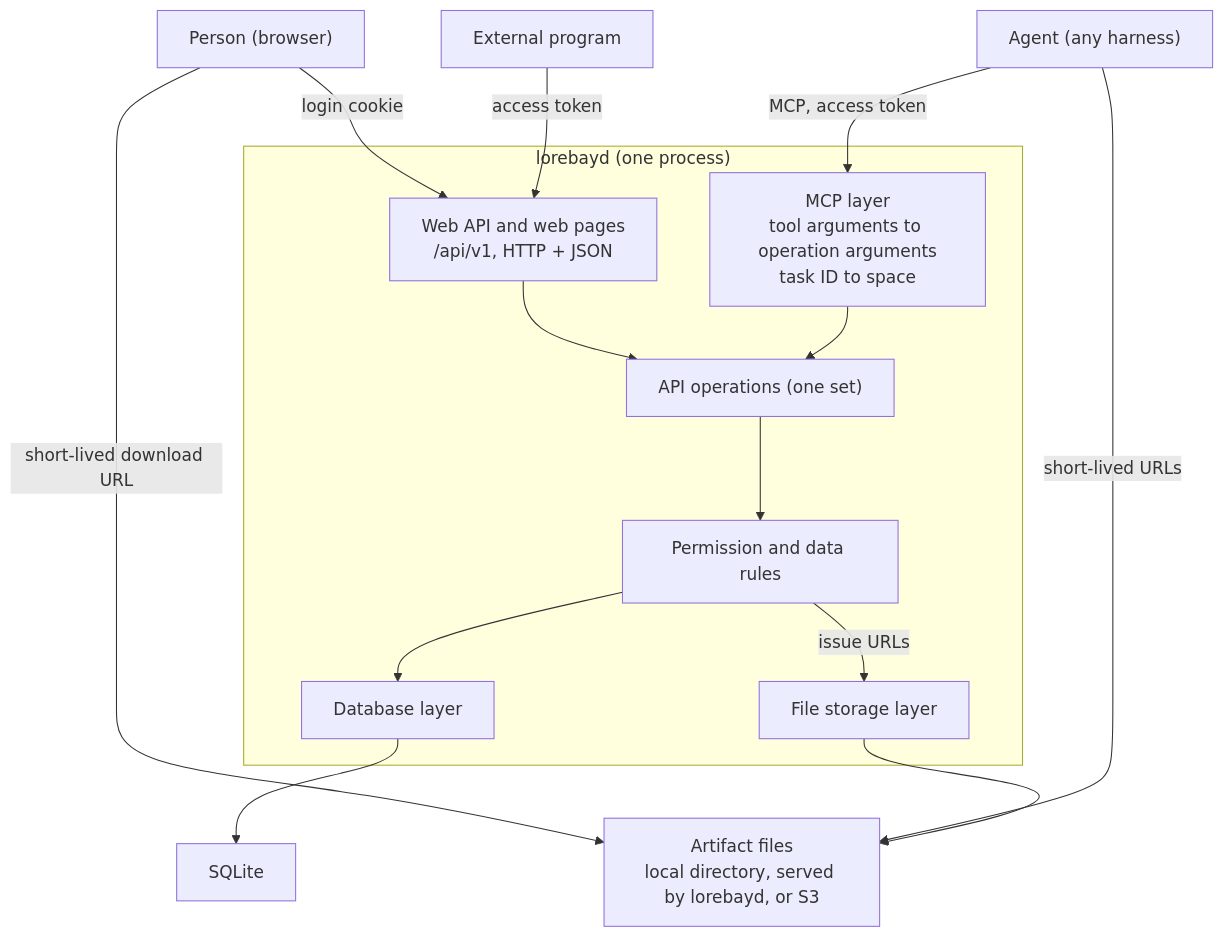
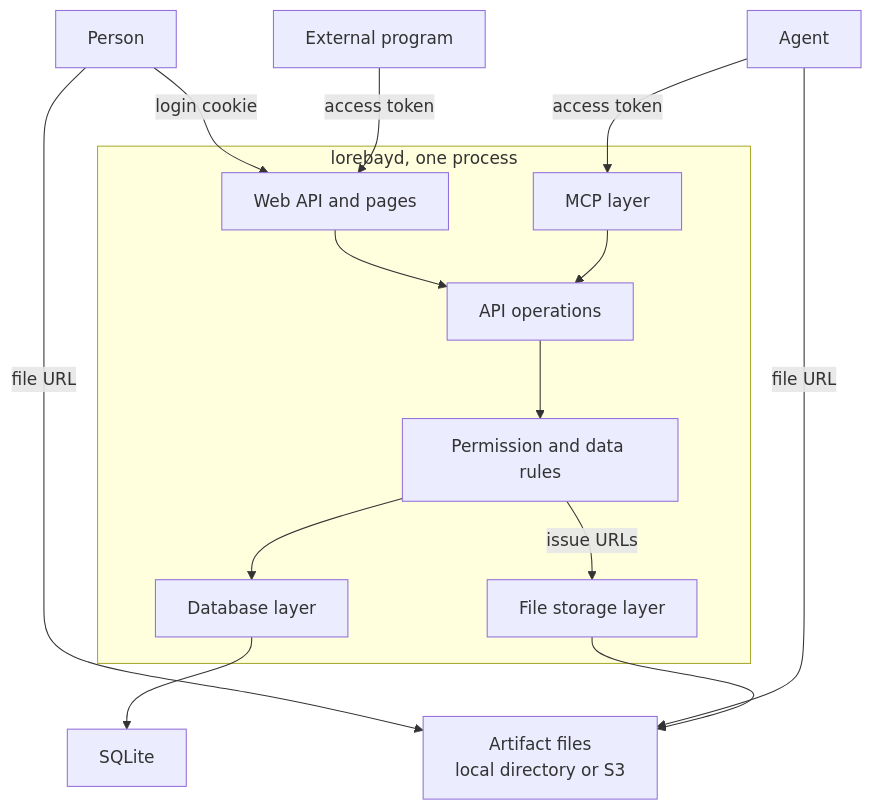
One commit to lorebayai/lorebay changed the diagram in docs/architecture/system.md. Above: the diagram before and after it, drawn with Mermaid. The commit also changed 4 other files, not shown here.

Commit message:
docs: shorten Mermaid labels so each diagram fits on one screen

````diff
--- a/docs/architecture/system.md
+++ b/docs/architecture/system.md
@@ -29,28 +29,28 @@
 ```mermaid
 flowchart TD
-    human["Person (browser)"]
+    human["Person"]
     program["External program"]
-    agent["Agent (any harness)"]
-    subgraph lorebayd["lorebayd (one process)"]
-        web["Web API and web pages<br/>/api/v1, HTTP + JSON"]
-        mcp["MCP layer<br/>tool arguments to operation arguments<br/>task ID to space"]
-        ops["API operations (one set)"]
+    agent["Agent"]
+    subgraph lorebayd["lorebayd, one process"]
+        web["Web API and pages"]
+        mcp["MCP layer"]
+        ops["API operations"]
         rules["Permission and data rules"]
         db["Database layer"]
         fs["File storage layer"]
     end
     sqlite["SQLite"]
-    store["Artifact files<br/>local directory, served by lorebayd, or S3"]
+    store["Artifact files<br/>local directory or S3"]
     human -- "login cookie" --> web
     program -- "access token" --> web
-    agent -- "MCP, access token" --> mcp
-    human -- "short-lived download URL" --> store
-    agent -- "short-lived URLs" --> store
+    agent -- "access token" --> mcp
+    human -- "file URL" --> store
+    agent -- "file URL" --> store
     web --> ops
     mcp --> ops
     ops --> rules
     rules --> db
     rules -- "issue URLs" --> fs
     db --> sqlite
     fs --> store
 ```
````
